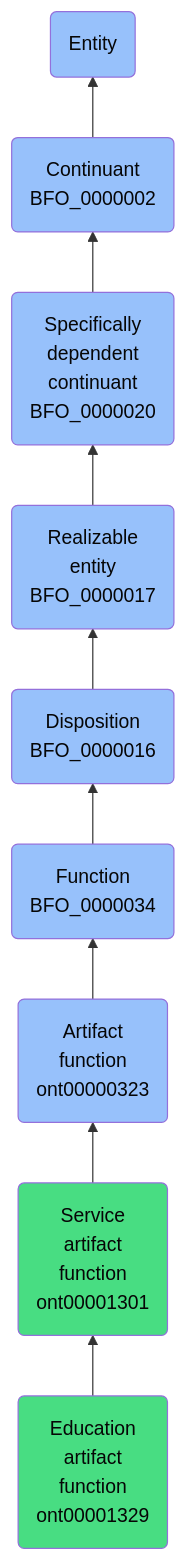
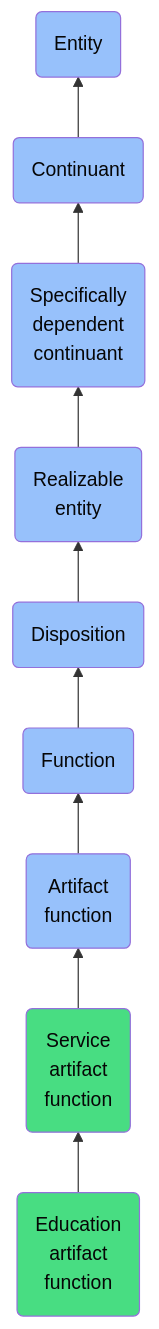
The diagram in docs/ontology/reference/model/Entity/Continuant/Specifically dependent continuant/Realizable entity/Disposition/Function/Artifact function/Service artifact function/Education artifact function/Education artifact function.md (jupyter-naas/abi), drawn with Mermaid before and after one commit. The commit also changed other lines of this file and 1430 other files, not shown here.

````diff
--- a/docs/ontology/reference/model/Entity/Continuant/Specifically dependent continuant/Realizable entity/Disposition/Function/Artifact function/Service artifact function/Education artifact function/Education artifact function.md
+++ b/docs/ontology/reference/model/Entity/Continuant/Specifically dependent continuant/Realizable entity/Disposition/Function/Artifact function/Service artifact function/Education artifact function/Education artifact function.md
@@ -24,16 +24,16 @@
 ```mermaid
 graph BT
-    ont00001329(Education<br>artifact<br>function<br>ont00001329):::ABI-->ont00001301
-    ont00001301(Service<br>artifact<br>function<br>ont00001301):::ABI-->ont00000323
-    ont00000323(Artifact<br>function<br>ont00000323):::BFO-->BFO_0000034
-    BFO_0000034(Function<br>BFO_0000034):::BFO-->BFO_0000016
-    BFO_0000016(Disposition<br>BFO_0000016):::BFO-->BFO_0000017
-    BFO_0000017(Realizable<br>entity<br>BFO_0000017):::BFO-->BFO_0000020
-    BFO_0000020(Specifically<br>dependent<br>continuant<br>BFO_0000020):::BFO-->BFO_0000002
-    BFO_0000002(Continuant<br>BFO_0000002):::BFO-->BFO_0000001
+    ont00001329(Education<br>artifact<br>function):::ABI-->ont00001301
+    ont00001301(Service<br>artifact<br>function):::ABI-->ont00000323
+    ont00000323(Artifact<br>function):::BFO-->BFO_0000034
+    BFO_0000034(Function):::BFO-->BFO_0000016
+    BFO_0000016(Disposition):::BFO-->BFO_0000017
+    BFO_0000017(Realizable<br>entity):::BFO-->BFO_0000020
+    BFO_0000020(Specifically<br>dependent<br>continuant):::BFO-->BFO_0000002
+    BFO_0000002(Continuant):::BFO-->BFO_0000001
     BFO_0000001(Entity):::BFO
     
     classDef BFO fill:#97c1fb,color:#060606
     classDef CCO fill:#e4c51e,color:#060606
     classDef ABI fill:#48DD82,color:#060606
 ```
````
